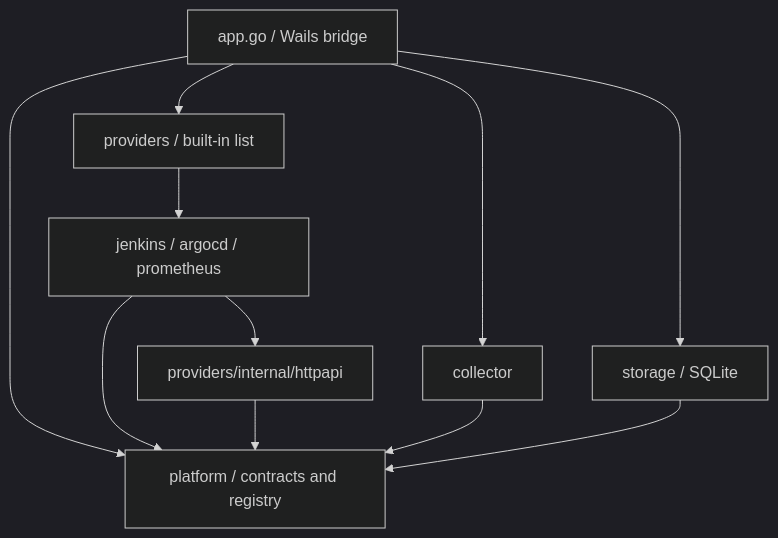
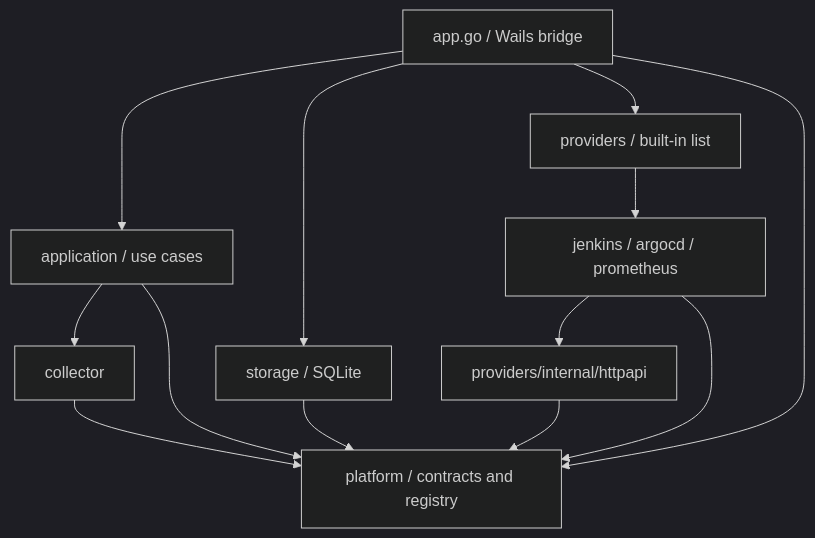
Before and after one commit to GGingGGang/dashboard: the diagram in ARCHITECTURE.md, drawn with Mermaid (dark theme). The commit also changed other lines of this file and 27 other files, not shown here.

Commit message:
refactor: isolate application lifecycle from Wails

````diff
--- a/ARCHITECTURE.md
+++ b/ARCHITECTURE.md
@@ -40,13 +41,15 @@
 ```mermaid
 flowchart TD
-    App["app.go / Wails bridge"] --> Collector["collector"]
+    App["app.go / Wails bridge"] --> Application["application / use cases"]
+    Application --> Collector["collector"]
+    Application --> Platform["platform / contracts and registry"]
     App --> Storage["storage / SQLite"]
     App --> Providers["providers / built-in list"]
     App --> Platform["platform / contracts and registry"]
     Providers --> Adapters["jenkins / argocd / prometheus"]
     Adapters --> HTTP["providers/internal/httpapi"]
     Adapters --> Platform
     HTTP --> Platform
     Collector --> Platform
     Storage --> Platform
 ```
````
